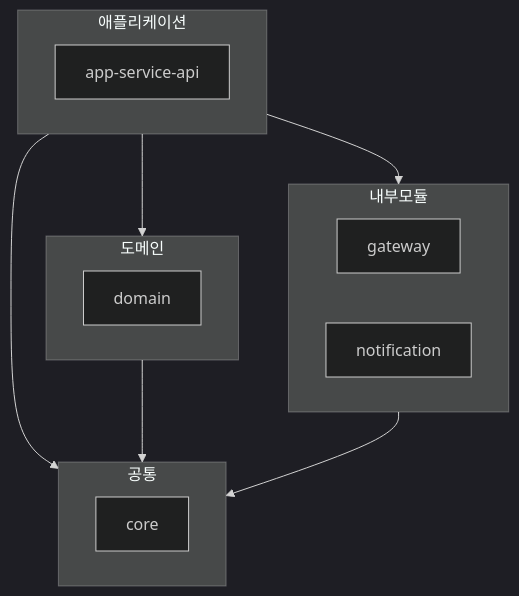
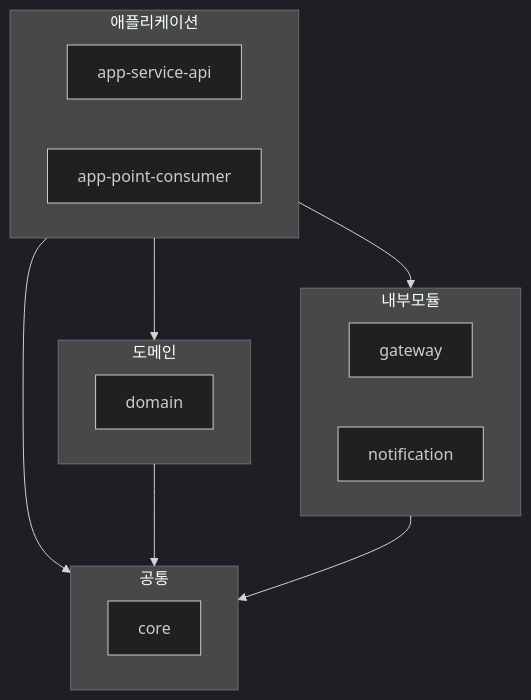
Before and after one commit to f-lab-edu/flirting: the diagram in README.md, drawn with Mermaid (dark theme). The commit also changed other lines of this file and 16 other files, not shown here.

````diff
--- a/README.md
+++ b/README.md
@@ -8,25 +8,26 @@
 ```mermaid
 flowchart TB
     subgraph 애플리케이션
 		app_service_api[app-service-api]
+		app_point_consumer[app-point-consumer]
     end
 
     subgraph 내부모듈
 		gateway
 		notification
 		end
 
     subgraph 도메인
 		domain
 		end
 
     subgraph 공통
 		core
 		end
 
     애플리케이션 --> 도메인
 		애플리케이션 --> 공통
 		애플리케이션 --> 내부모듈
 		도메인 --> 공통
 		내부모듈 --> 공통
 ```
````
